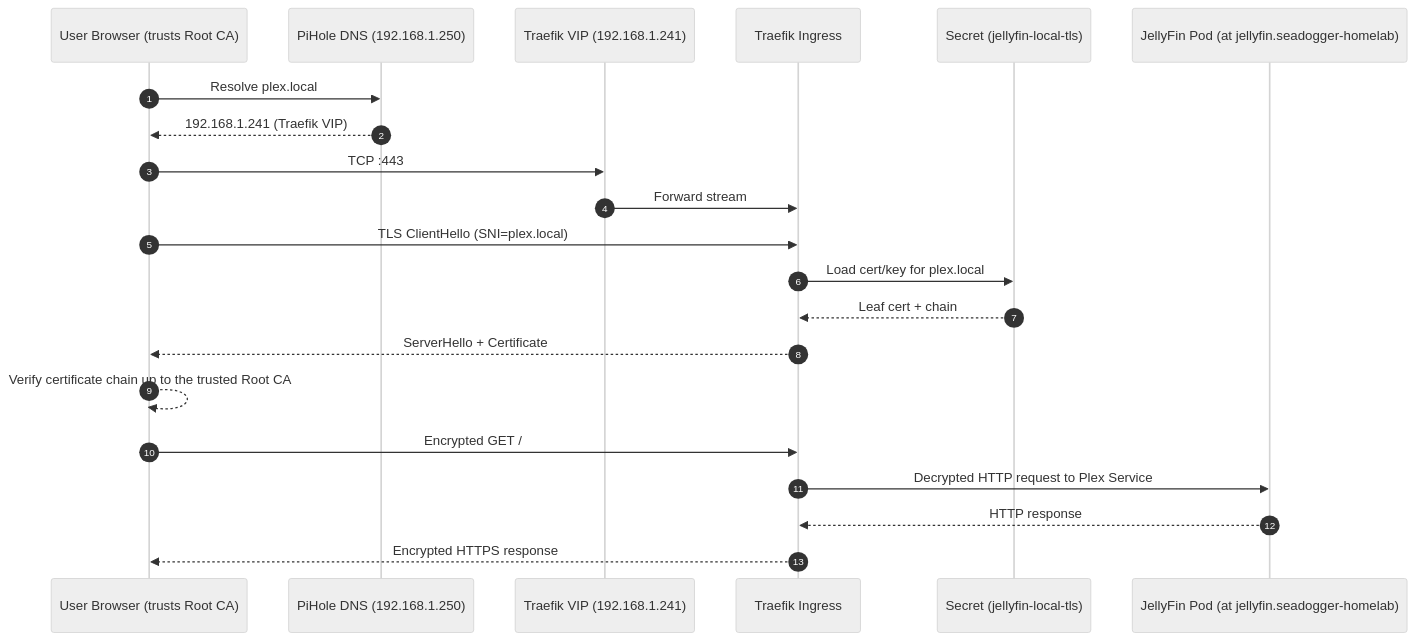
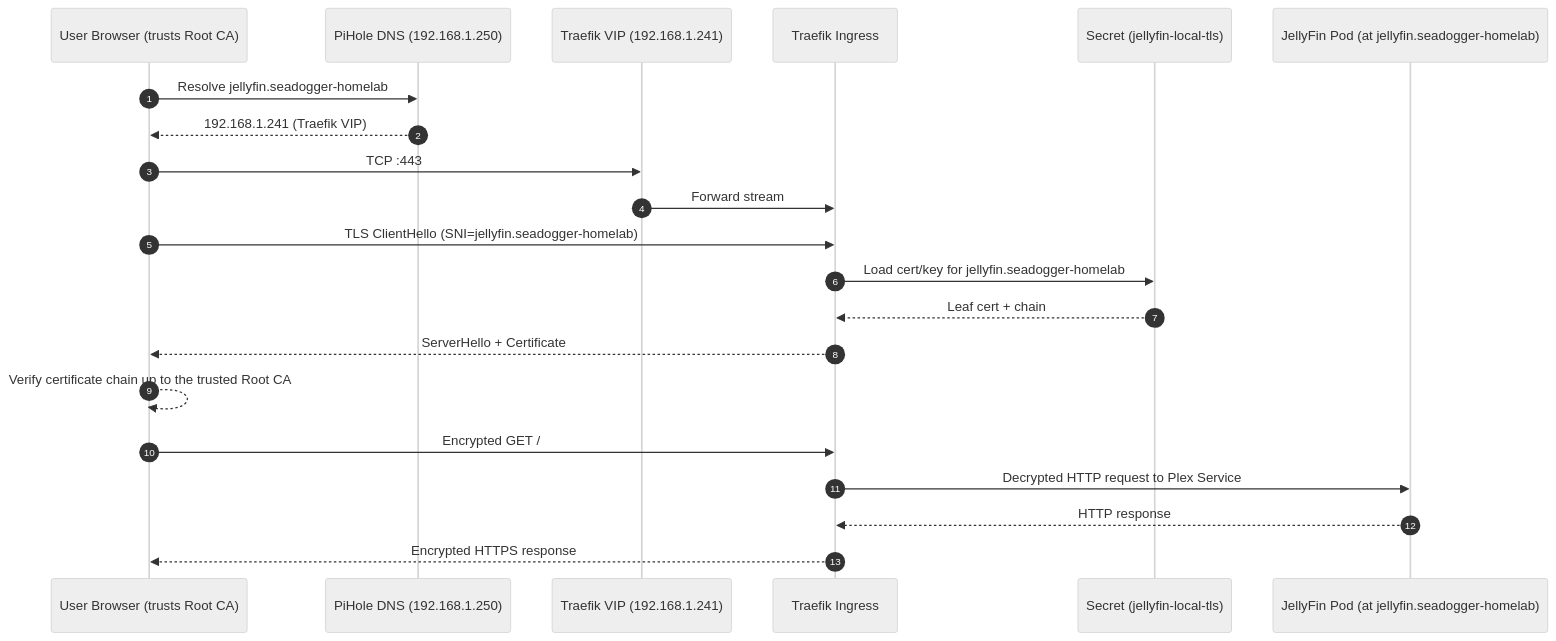
Before and after one commit to seadogger-tech/seadogger-homelab: the fourth of 8 diagrams in docs/wiki/08-Security-and-Certificates.md, drawn with Mermaid (neutral theme). The commit also changed other lines of this file and 15 other files, not shown here.

````diff
--- a/docs/wiki/08-Security-and-Certificates.md
+++ b/docs/wiki/08-Security-and-Certificates.md
@@ -151,24 +151,24 @@
 ```mermaid
 sequenceDiagram
     autonumber
     participant U as User Browser (trusts Root CA)
     participant DNS as PiHole DNS (192.168.1.250)
     participant LB as Traefik VIP (192.168.1.241)
     participant TR as Traefik Ingress
     participant KS as Secret (jellyfin-local-tls)
     participant POD as JellyFin Pod (at jellyfin.seadogger-homelab)
 
-    U->>DNS: Resolve plex.local
+    U->>DNS: Resolve jellyfin.seadogger-homelab
     DNS-->>U: 192.168.1.241 (Traefik VIP)
     U->>LB: TCP :443
     LB->>TR: Forward stream
-    U->>TR: TLS ClientHello (SNI=plex.local)
-    TR->>KS: Load cert/key for plex.local
+    U->>TR: TLS ClientHello (SNI=jellyfin.seadogger-homelab)
+    TR->>KS: Load cert/key for jellyfin.seadogger-homelab
     KS-->>TR: Leaf cert + chain
     TR-->>U: ServerHello + Certificate
     U-->>U: Verify certificate chain up to the trusted Root CA
     U->>TR: Encrypted GET /
     TR->>POD: Decrypted HTTP request to Plex Service
     POD-->>TR: HTTP response
     TR-->>U: Encrypted HTTPS response
 ```
````
